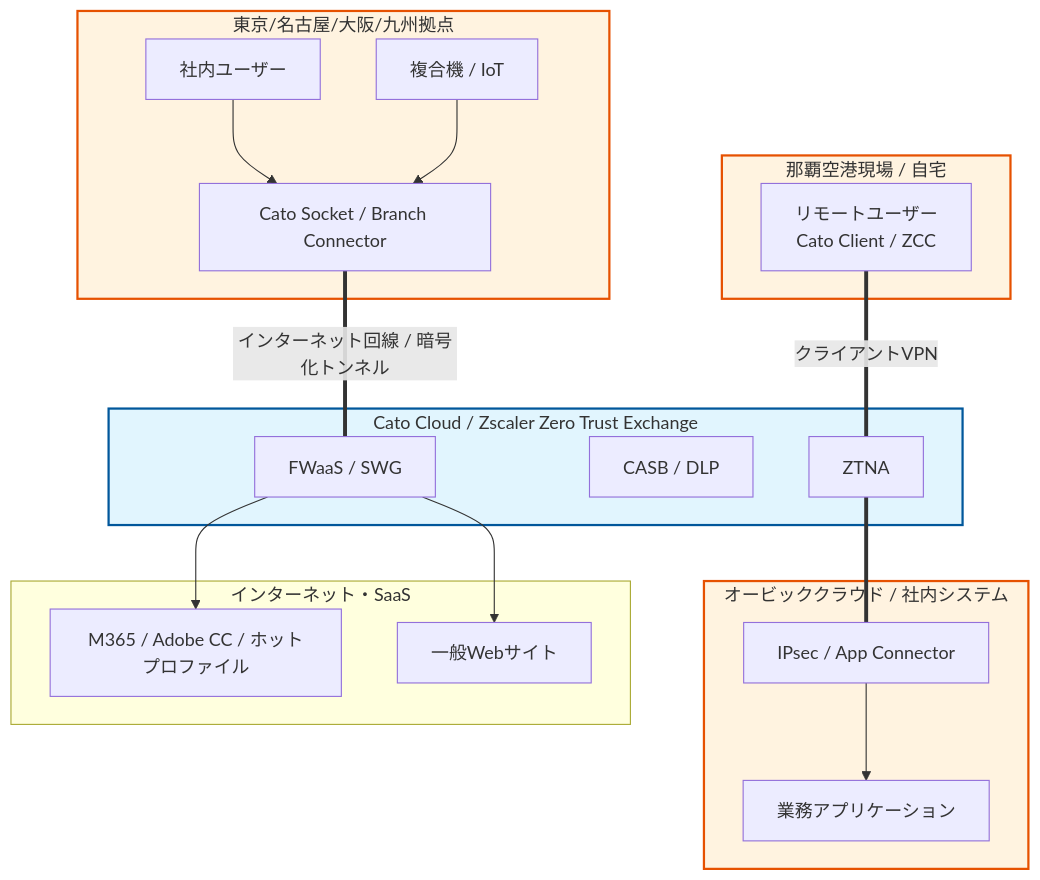
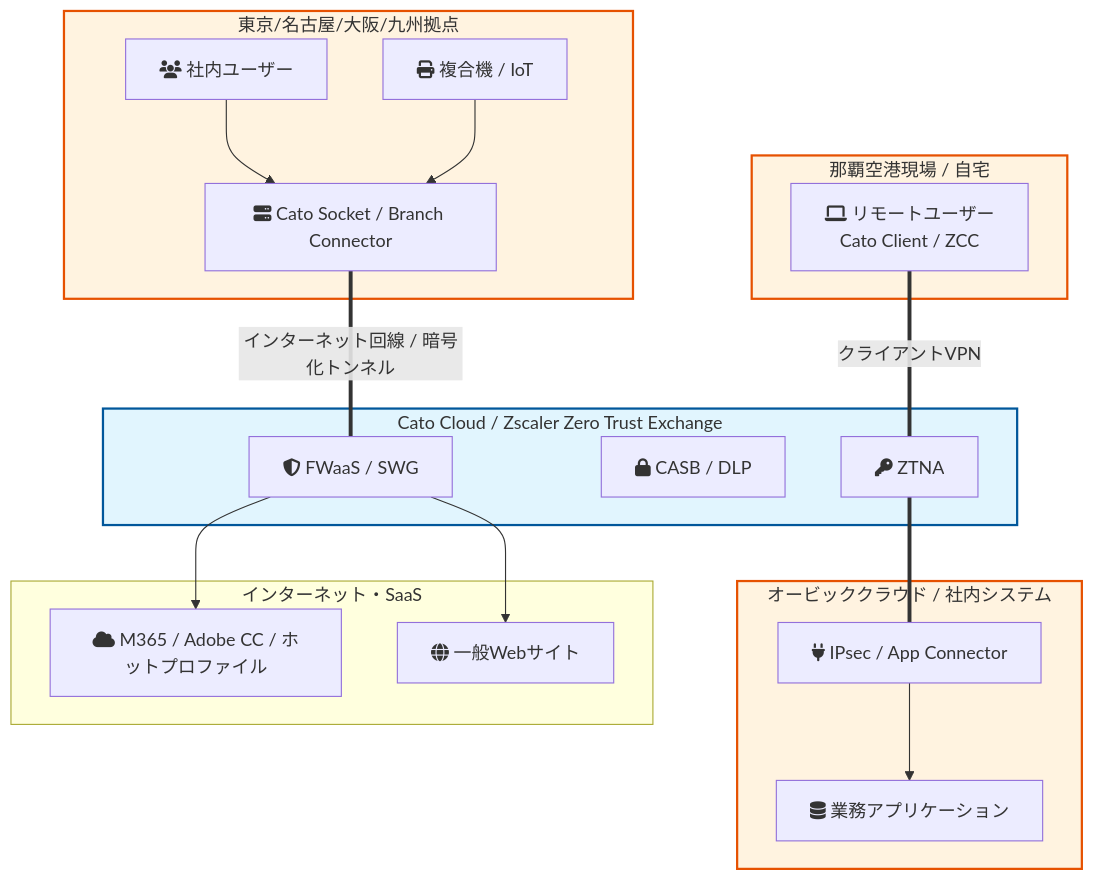
The diagram in README.md (VIA2026/my-network-diagram), drawn with Mermaid before and after one commit.

````diff
--- a/README.md
+++ b/README.md
@@ -1,43 +1,43 @@
 ```mermaid
 graph TD
     subgraph sase [Cato Cloud / Zscaler Zero Trust Exchange]
-        FWaaS[FWaaS / SWG]
-        CASB[CASB / DLP]
-        ZTNA[ZTNA]
+        FWaaS[fa:fa-shield-alt FWaaS / SWG]
+        CASB[fa:fa-lock CASB / DLP]
+        ZTNA[fa:fa-key ZTNA]
     end
 
     subgraph branch [東京/名古屋/大阪/九州拠点]
-        Edge[Cato Socket / Branch Connector]
-        Users[社内ユーザー]
-        Devices[複合機 / IoT]
+        Edge[fa:fa-server Cato Socket / Branch Connector]
+        Users[fa:fa-users 社内ユーザー]
+        Devices[fa:fa-print 複合機 / IoT]
         Users --> Edge
         Devices --> Edge
     end
 
     subgraph remote [那覇空港現場 / 自宅]
-        RemoteUser[リモートユーザー<br>Cato Client / ZCC]
+        RemoteUser[fa:fa-laptop リモートユーザー<br>Cato Client / ZCC]
     end
 
     subgraph datacenter [オービッククラウド / 社内システム]
-        App[業務アプリケーション]
-        Connector[IPsec / App Connector]
+        App[fa:fa-database 業務アプリケーション]
+        Connector[fa:fa-plug IPsec / App Connector]
         Connector --> App
     end
 
     subgraph internet [インターネット・SaaS]
-        SaaS[M365 / Adobe CC / ホットプロファイル]
-        Web[一般Webサイト]
+        SaaS[fa:fa-cloud M365 / Adobe CC / ホットプロファイル]
+        Web[fa:fa-globe 一般Webサイト]
     end
 
     Edge == インターネット回線 / 暗号化トンネル === FWaaS
     RemoteUser == クライアントVPN === ZTNA
     FWaaS --> SaaS
     FWaaS --> Web
     ZTNA === Connector
     
     classDef cloud_style fill:#e1f5fe,stroke:#01579b,stroke-width:2px;
     classDef premise_style fill:#fff3e0,stroke:#e65100,stroke-width:2px;
     
     class sase cloud_style;
     class branch,remote,datacenter premise_style;
 ```
````
